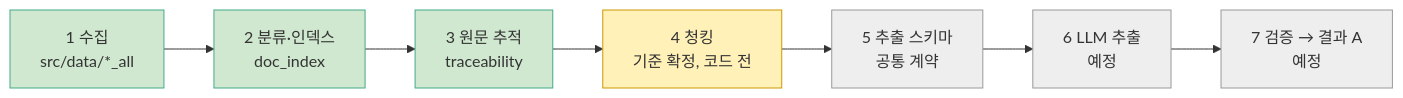
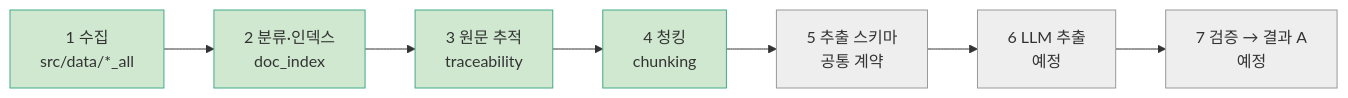
One commit to encore-ai-campus/mle-02-p2-team3 changed the first of 2 diagrams in src/card_benefit/payment_card/file_pipeline/README.md. Above: the diagram before and after it, drawn with Mermaid. The commit also changed other lines of this file and 9 other files, not shown here.

````diff
--- a/src/card_benefit/payment_card/file_pipeline/README.md
+++ b/src/card_benefit/payment_card/file_pipeline/README.md
@@ -16,15 +16,14 @@
 ```mermaid
 flowchart LR
     A[1 수집<br/>src/data/*_all] --> B[2 분류·인덱스<br/>doc_index]
     B --> C[3 원문 추적<br/>traceability]
-    C --> D[4 청킹<br/>기준 확정, 코드 전]
+    C --> D[4 청킹<br/>chunking]
     D --> O[5 추출 스키마<br/>공통 계약]
     O --> E[6 LLM 추출<br/>예정]
     E --> F[7 검증 → 결과 A<br/>예정]
     classDef done fill:#cfe8cf,stroke:#4a8
     classDef doing fill:#fff1b8,stroke:#c90
     classDef todo fill:#eee,stroke:#999
-    class A,B,C done
-    class D doing
+    class A,B,C,D done
     class O,E,F todo
 ```
````
